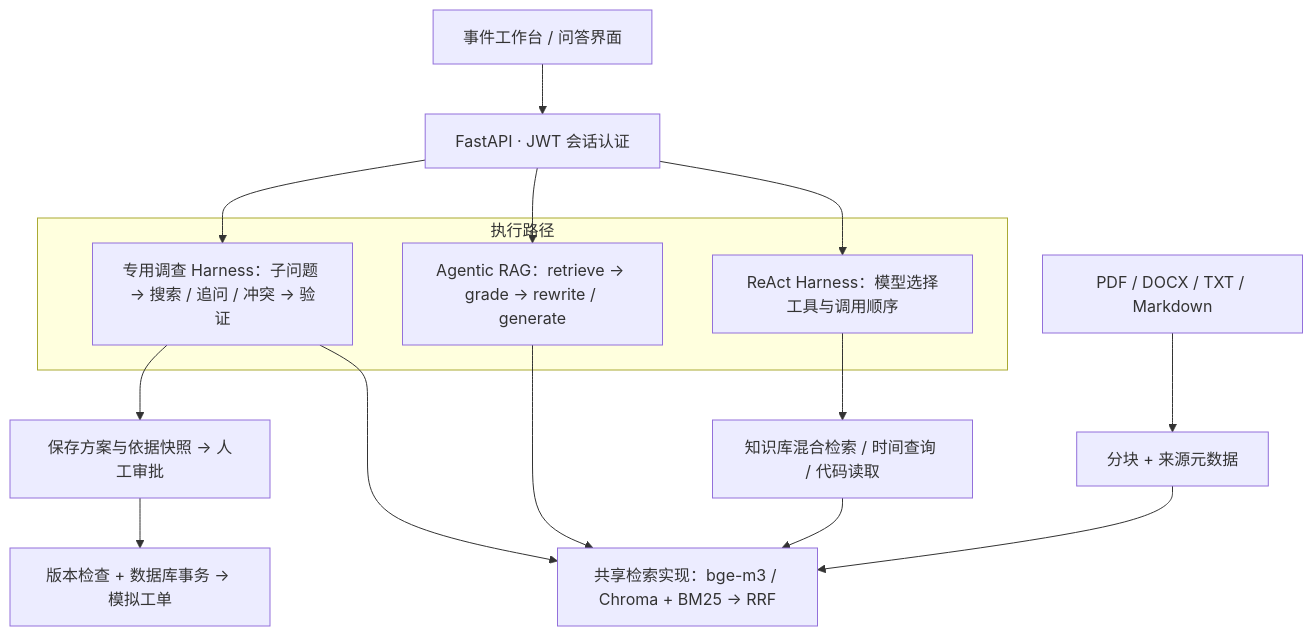
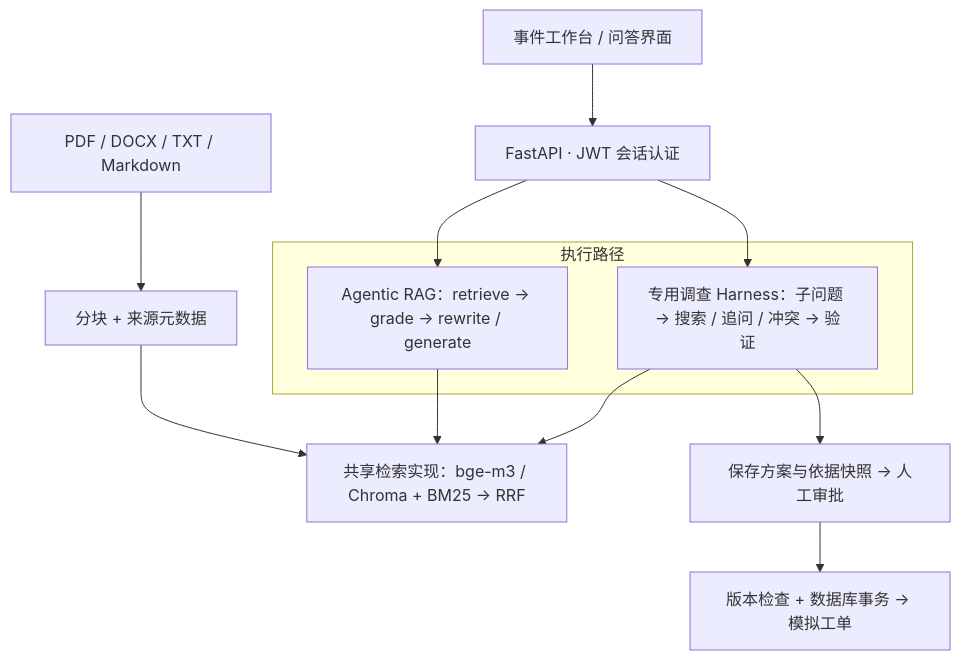
The diagram in README.md (Trojan-Miracle/SOP_chatbot), drawn with Mermaid before and after one commit. The commit also changed other lines of this file and 16 other files, not shown here.

````diff
--- a/README.md
+++ b/README.md
@@ -32,23 +32,19 @@
 ```mermaid
 flowchart TB
     UI["事件工作台 / 问答界面"] --> API["FastAPI · JWT 会话认证"]
 
     subgraph Workflows[执行路径]
         INCIDENT["专用调查 Harness：子问题 → 搜索 / 追问 / 冲突 → 验证"]
         RAG["Agentic RAG：retrieve → grade → rewrite / generate"]
-        REACT["ReAct Harness：模型选择工具与调用顺序"]
     end
 
     API --> INCIDENT
     API --> RAG
-    API --> REACT
     INCIDENT --> HYBRID["共享检索实现：bge-m3 / Chroma + BM25 → RRF"]
     RAG --> HYBRID
-    TOOLS --> HYBRID
-    REACT --> TOOLS["知识库混合检索 / 时间查询 / 代码读取"]
     INCIDENT --> REVIEW["保存方案与依据快照 → 人工审批"]
     REVIEW --> STORE["版本检查 + 数据库事务 → 模拟工单"]
 
     DOCS["PDF / DOCX / TXT / Markdown"] --> CHUNKS["分块 + 来源元数据"]
     CHUNKS --> HYBRID
 ```
````
